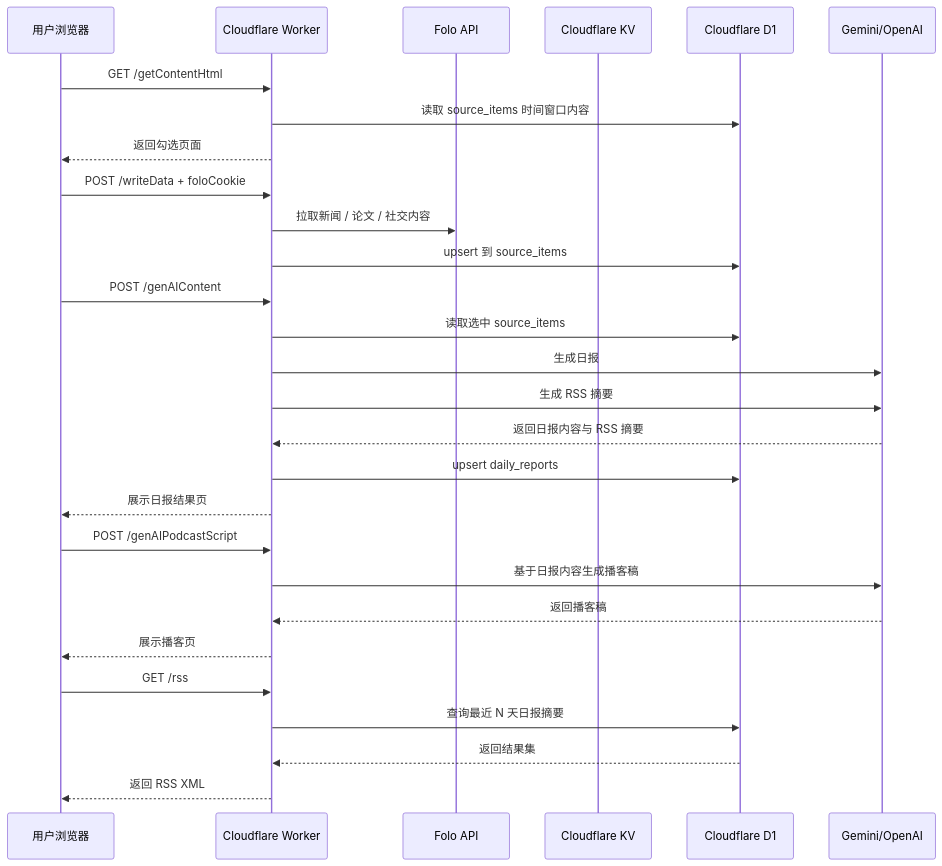
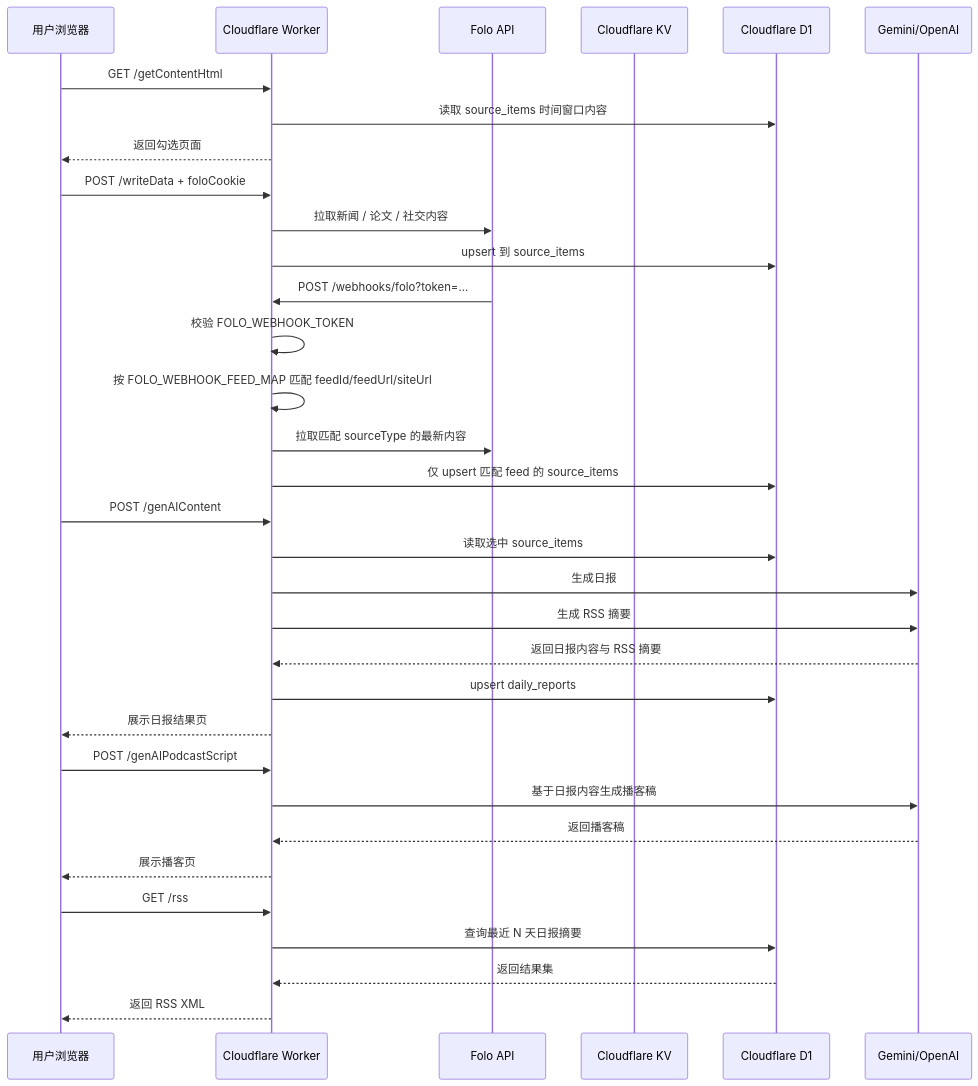
The second of 2 diagrams in docs/DATA_FLOW.md (wenson/CloudFlare-AI-Insight-Daily), drawn with Mermaid before and after one commit. The commit also changed other lines of this file and 9 other files, not shown here.

Commit message:
feat: add folo webhook endpoint

````diff
--- a/docs/DATA_FLOW.md
+++ b/docs/DATA_FLOW.md
@@ -68,35 +78,41 @@
 ```mermaid
 sequenceDiagram
     participant User as 用户浏览器
     participant Worker as Cloudflare Worker
     participant Folo as Folo API
     participant KV as Cloudflare KV
     participant D1 as Cloudflare D1
     participant AI as Gemini/OpenAI
 
     User->>Worker: GET /getContentHtml
     Worker->>D1: 读取 source_items 时间窗口内容
     Worker-->>User: 返回勾选页面
 
     User->>Worker: POST /writeData + foloCookie
     Worker->>Folo: 拉取新闻 / 论文 / 社交内容
     Worker->>D1: upsert 到 source_items
+
+    Folo->>Worker: POST /webhooks/folo?token=...
+    Worker->>Worker: 校验 FOLO_WEBHOOK_TOKEN
+    Worker->>Worker: 按 FOLO_WEBHOOK_FEED_MAP 匹配 feedId/feedUrl/siteUrl
+    Worker->>Folo: 拉取匹配 sourceType 的最新内容
+    Worker->>D1: 仅 upsert 匹配 feed 的 source_items
 
     User->>Worker: POST /genAIContent
     Worker->>D1: 读取选中 source_items
     Worker->>AI: 生成日报
     Worker->>AI: 生成 RSS 摘要
     AI-->>Worker: 返回日报内容与 RSS 摘要
     Worker->>D1: upsert daily_reports
     Worker-->>User: 展示日报结果页
 
     User->>Worker: POST /genAIPodcastScript
     Worker->>AI: 基于日报内容生成播客稿
     AI-->>Worker: 返回播客稿
     Worker-->>User: 展示播客页
 
     User->>Worker: GET /rss
     Worker->>D1: 查询最近 N 天日报摘要
     D1-->>Worker: 返回结果集
     Worker-->>User: 返回 RSS XML
 ```
````
